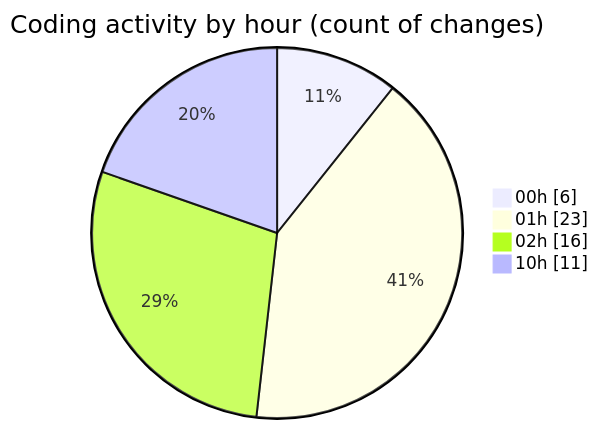
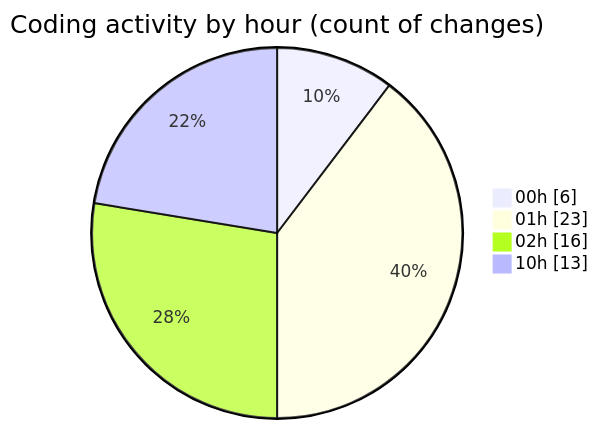
The second of 2 diagrams in 2025-11-08/eventscop-frontend-guide__workspace_/README.md (julien-gomy/code-tracking), drawn with Mermaid before and after one commit. The commit also changed other lines of this file and 1 other file, not shown here.

````diff
--- a/2025-11-08/eventscop-frontend-guide__workspace_/README.md
+++ b/2025-11-08/eventscop-frontend-guide__workspace_/README.md
@@ -44,8 +44,8 @@
 ```mermaid
 pie showData
 title Coding activity by hour (count of changes)
 "00h" : 6
 "01h" : 23
 "02h" : 16
-"10h" : 11
+"10h" : 13
 ```
````
